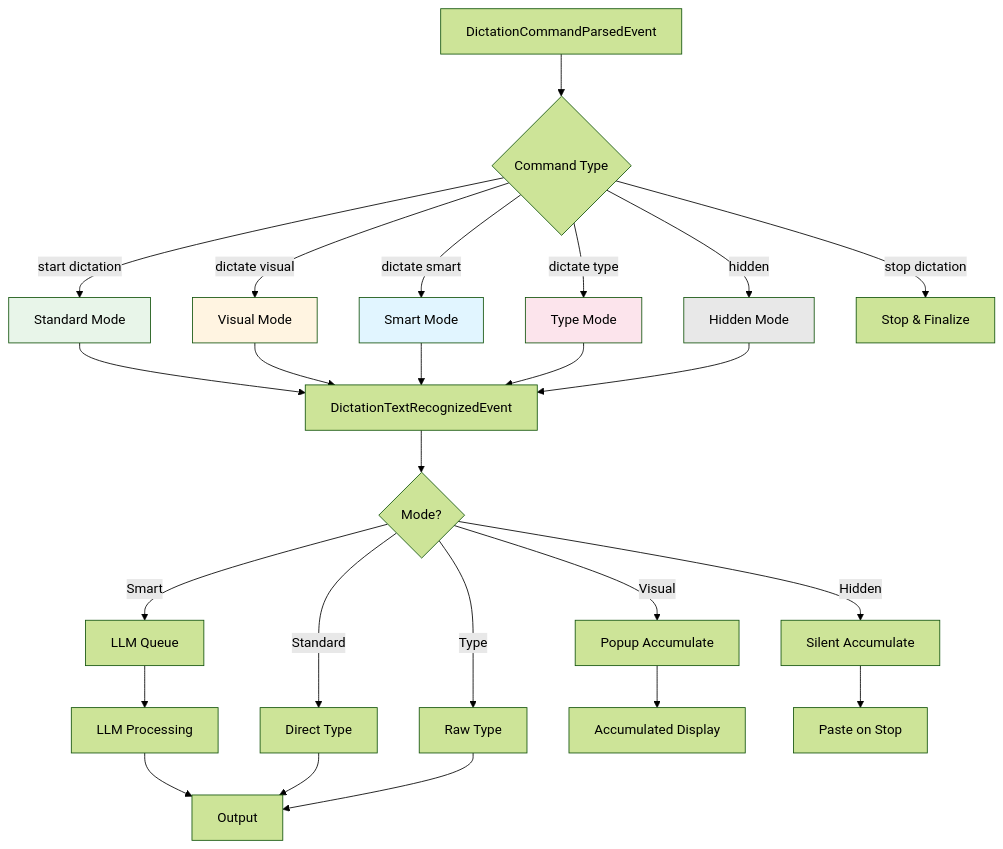
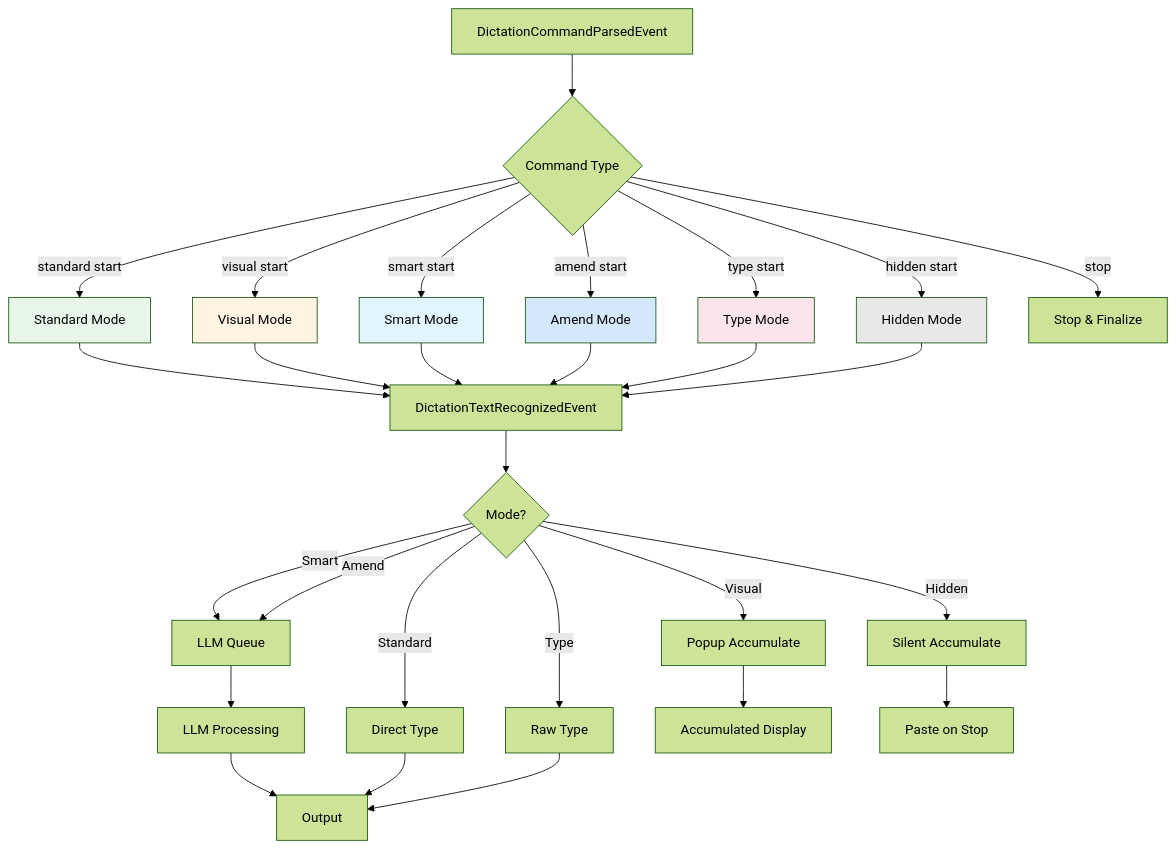
Before and after one commit to rick12000/vocalance: the first of 7 diagrams in docs/developer/dictation_system.rst, drawn with Mermaid (forest theme). The commit also changed other lines of this file and 16 other files, not shown here.

```diff
--- a/docs/developer/dictation_system.rst
+++ b/docs/developer/dictation_system.rst
@@ -11,36 +11,40 @@
 .. mermaid::
 
    flowchart TD
        A[DictationCommandParsedEvent] --> B{Command Type}
-       B -->|start dictation| C[Standard Mode]
-       B -->|dictate visual| D[Visual Mode]
-       B -->|dictate smart| E[Smart Mode]
-       B -->|dictate type| F[Type Mode]
-       B -->|hidden| G[Hidden Mode]
-       B -->|stop dictation| H[Stop & Finalize]
+       B -->|standard start| C[Standard Mode]
+       B -->|visual start| D[Visual Mode]
+       B -->|smart start| E[Smart Mode]
+       B -->|amend start| AM[Amend Mode]
+       B -->|type start| F[Type Mode]
+       B -->|hidden start| G[Hidden Mode]
+       B -->|stop| H[Stop & Finalize]
 
        C --> I[DictationTextRecognizedEvent]
        D --> I
        E --> I
+       AM --> I
        F --> I
        G --> I
 
        I --> J{Mode?}
        J -->|Standard| K[Direct Type]
        J -->|Visual| L[Popup Accumulate]
        J -->|Smart| M[LLM Queue]
+       J -->|Amend| M
        J -->|Type| N[Raw Type]
        J -->|Hidden| O[Silent Accumulate]
 
        M --> P[LLM Processing]
        P --> Q[Output]
        K --> Q
        L --> R[Accumulated Display]
        N --> Q
        O --> S[Paste on Stop]
 
        style C fill:#e8f5e9
        style D fill:#fff4e1
        style E fill:#e1f5ff
+       style AM fill:#d4e8fc
        style F fill:#fce4ec
        style G fill:#e8e8e8
```
